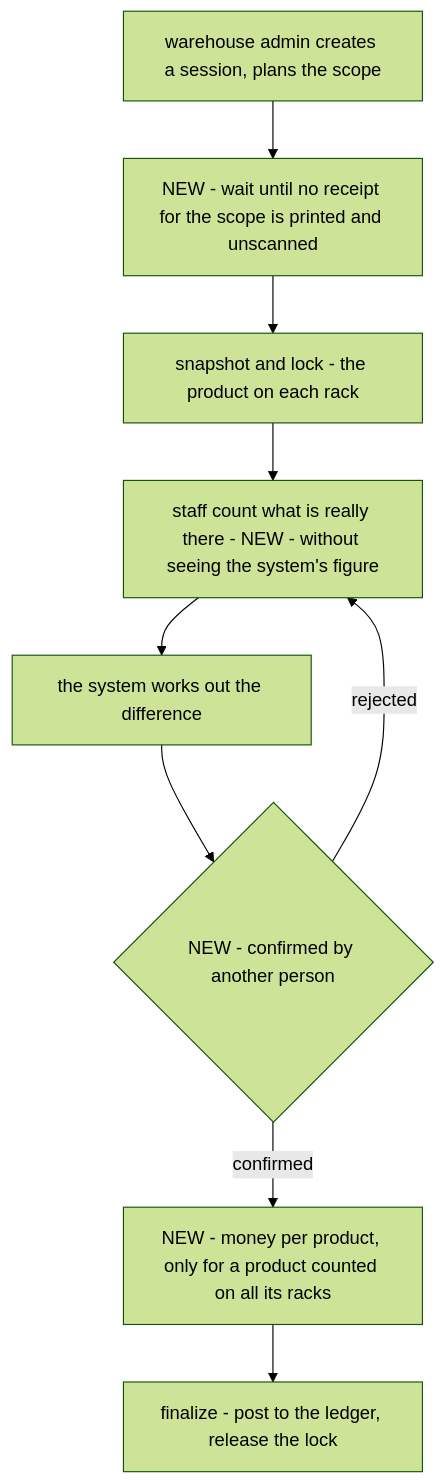
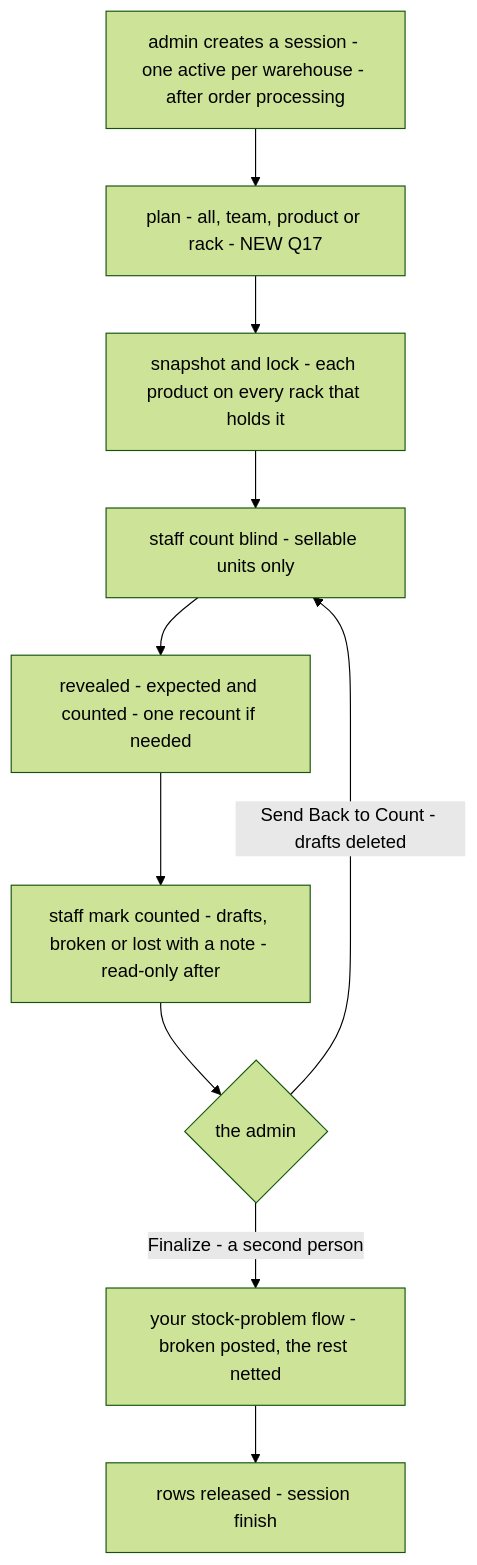
Before and after one commit to pdcgo/warehouse_revamp: the first of 3 diagrams in docs/business/inventory/opname_clarify.md, drawn with Mermaid (forest theme). The commit also changed other lines of this file and 15 other files, not shown here.

````diff
--- a/docs/business/inventory/opname_clarify.md
+++ b/docs/business/inventory/opname_clarify.md
@@ -30,11 +121,12 @@
 ```mermaid
 flowchart TB
-  A["warehouse admin creates a session, plans the scope"] --> W["NEW - wait until no receipt for the scope is printed and unscanned"]
-  W --> S["snapshot and lock - the product on each rack"]
-  S --> C["staff count what is really there - NEW - without seeing the system's figure"]
-  C --> D["the system works out the difference"]
-  D --> R{"NEW - confirmed by another person"}
-  R -->|"rejected"| C
-  R -->|"confirmed"| M["NEW - money per product, only for a product counted on all its racks"]
-  M --> F["finalize - post to the ledger, release the lock"]
+  A["admin creates a session - one active per warehouse - after order processing"] --> P["plan - all, team, product or rack - NEW Q17"]
+  P --> S["snapshot and lock - each product on every rack that holds it"]
+  S --> C["staff count blind - sellable units only"]
+  C --> V["revealed - expected and counted - one recount if needed"]
+  V --> K["staff mark counted - drafts, broken or lost with a note - read-only after"]
+  K --> B{"the admin"}
+  B -->|"Send Back to Count - drafts deleted"| C
+  B -->|"Finalize - a second person"| F["your stock-problem flow - broken posted, the rest netted"]
+  F --> R["rows released - session finish"]
 ```
````
